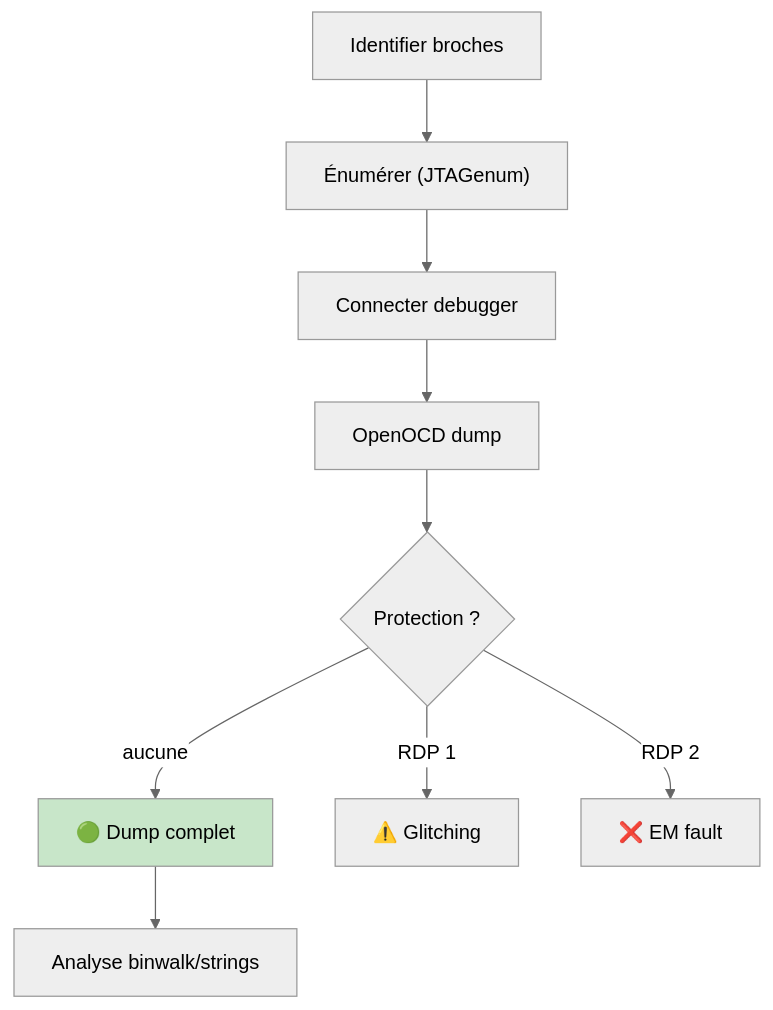
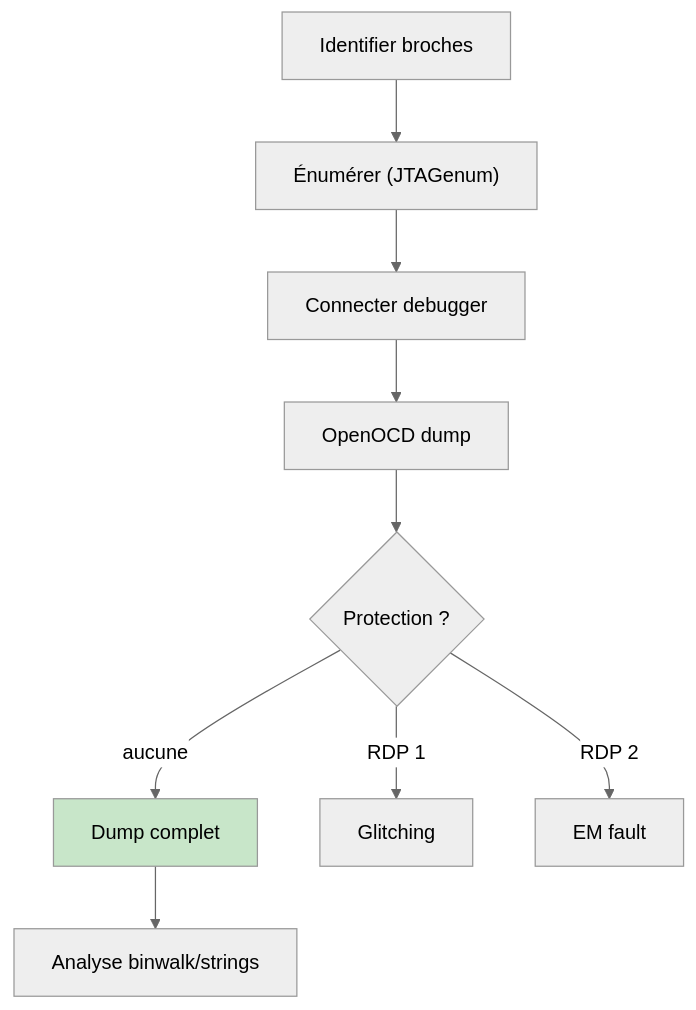
Before and after one commit to F0X-hack/foxhack.fr: the third of 4 diagrams in public/offsidian/vault/Cybersécurité Offensive/Techniques/Hardware - JTAG et SWD.md, drawn with Mermaid (neutral theme). The commit also changed other lines of this file and 369 other files, not shown here.

````diff
--- a/public/offsidian/vault/Cybersécurité Offensive/Techniques/Hardware - JTAG et SWD.md
+++ b/public/offsidian/vault/Cybersécurité Offensive/Techniques/Hardware - JTAG et SWD.md
@@ -294,12 +294,12 @@
 ```mermaid
 flowchart TB
     A["Identifier broches"] --> B["Énumérer (JTAGenum)"]
     B --> C["Connecter debugger"]
     C --> D["OpenOCD dump"]
     D --> E{"Protection ?"}
-    E -->|"aucune"| F["🟢 Dump complet"]
-    E -->|"RDP 1"| G["⚠️ Glitching"]
-    E -->|"RDP 2"| H["❌ EM fault"]
+    E -->|"aucune"| F["Dump complet"]
+    E -->|"RDP 1"| G["Glitching"]
+    E -->|"RDP 2"| H["EM fault"]
     F --> I["Analyse binwalk/strings"]
     style F fill:#c8e6c9
 ```
````
